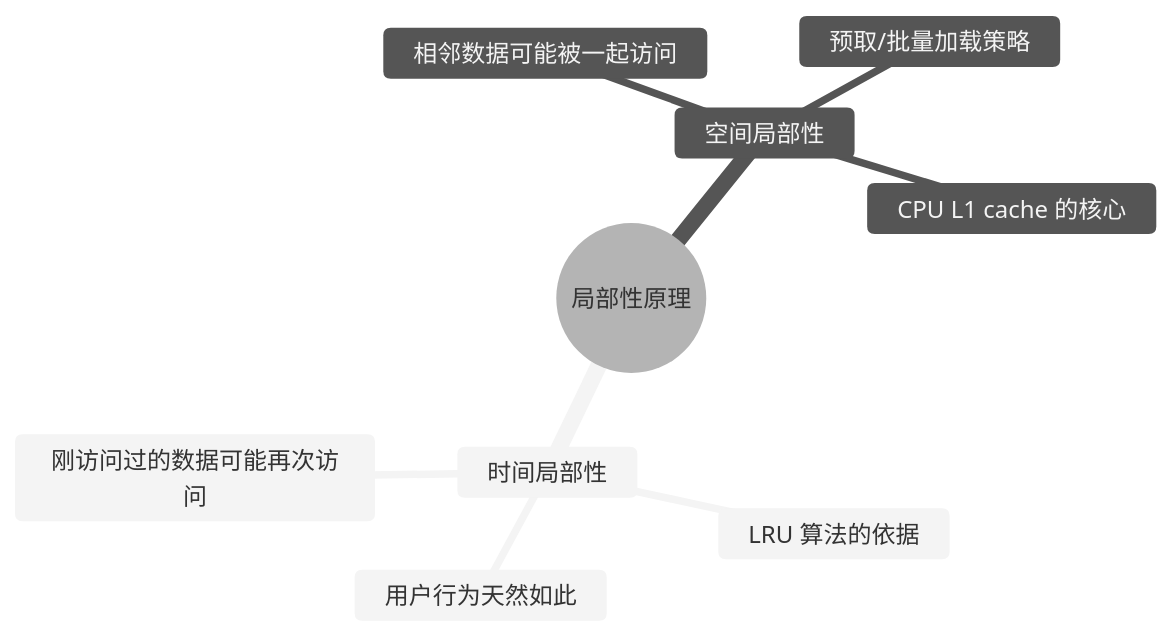
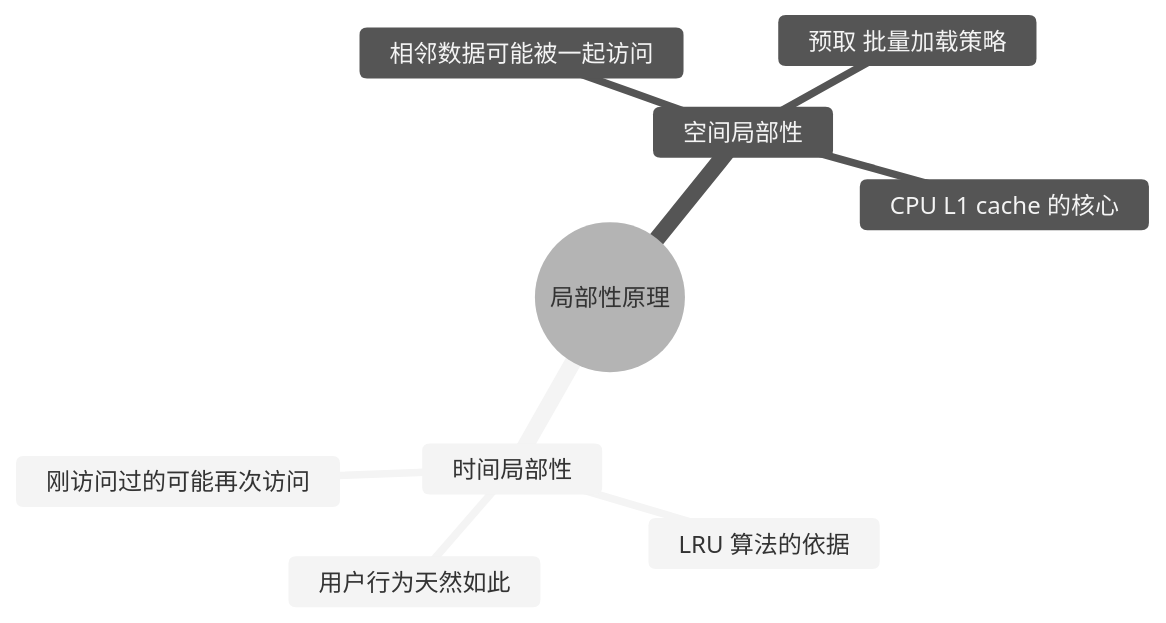
Before and after one commit to chongyang211/YCBookBlog: the second of 18 diagrams in docs/10.真经/05.方案设计思想/04.缓存架构设计思想.md, drawn with Mermaid (neutral theme). The commit also changed other lines of this file and 36 other files, not shown here.

````diff
--- a/docs/10.真经/05.方案设计思想/04.缓存架构设计思想.md
+++ b/docs/10.真经/05.方案设计思想/04.缓存架构设计思想.md
@@ -224,12 +213,12 @@
 ```mermaid
 mindmap
   root((局部性原理))
     时间局部性
-      刚访问过的数据可能再次访问
+      刚访问过的可能再次访问
       LRU 算法的依据
       用户行为天然如此
     空间局部性
       相邻数据可能被一起访问
-      预取/批量加载策略
+      预取 批量加载策略
       CPU L1 cache 的核心
 ```
````
